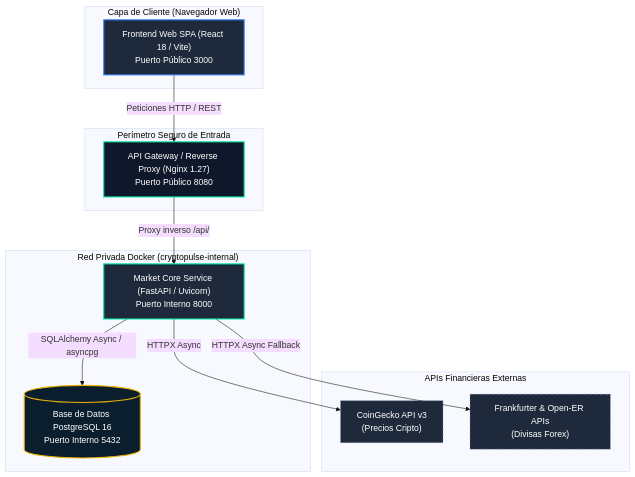
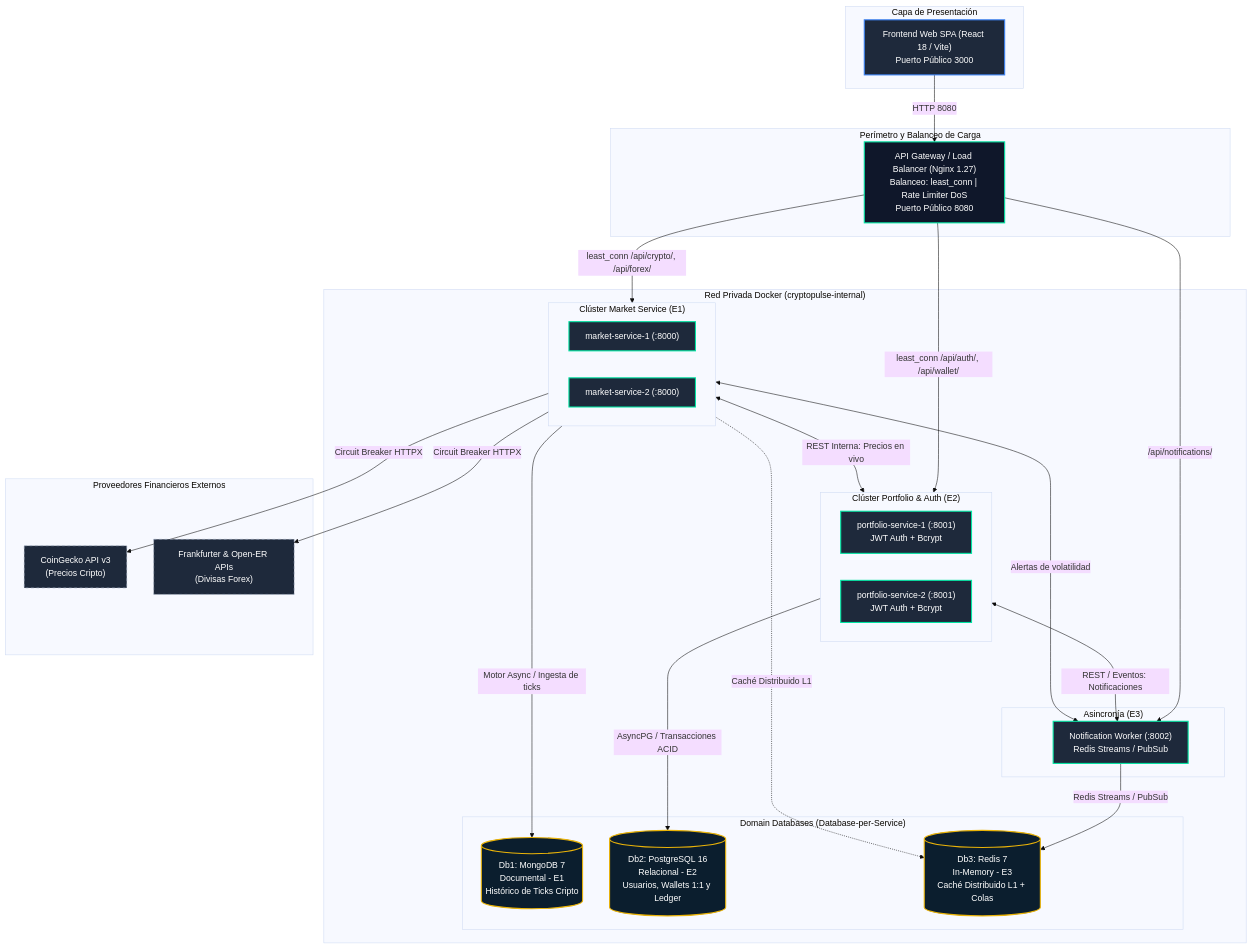
Before and after one commit to SRC-07/CryptoPulse: the first of 2 diagrams in docs/ARQUITECTURA.md, drawn with Mermaid (base theme). The commit also changed other lines of this file and 75 other files, not shown here.

Commit message:
feat(entrega-2): arquitectura distribuida, balanceo least_conn, wallets 1:1 postgresql, mongodb, redis cache y limpieza general

````diff
--- a/docs/ARQUITECTURA.md
+++ b/docs/ARQUITECTURA.md
@@ -21,32 +39,64 @@
 ```mermaid
 graph TD
     classDef client fill:#1E293B,stroke:#3B82F6,stroke-width:2px,color:#FFFFFF;
     classDef gateway fill:#0F172A,stroke:#00E5A3,stroke-width:2px,color:#FFFFFF;
     classDef service fill:#1E293B,stroke:#00E5A3,stroke-width:2px,color:#FFFFFF;
     classDef db fill:#0B1E2E,stroke:#EAB308,stroke-width:2px,color:#FFFFFF;
     classDef external fill:#1E293B,stroke:#94A3B8,stroke-dasharray: 5 5,color:#FFFFFF;
 
-    subgraph CapaCliente["Capa de Cliente (Navegador Web)"]
+    subgraph CapaCliente["Capa de Presentación"]
         FE["Frontend Web SPA (React 18 / Vite)<br/>Puerto Público 3000"]:::client
     end
 
-    subgraph Perimetro["Perímetro Seguro de Entrada"]
-        GW["API Gateway / Reverse Proxy (Nginx 1.27)<br/>Puerto Público 8080"]:::gateway
+    subgraph Perimetro["Perímetro y Balanceo de Carga"]
+        GW["API Gateway / Load Balancer (Nginx 1.27)<br/>Balanceo: least_conn | Rate Limiter DoS<br/>Puerto Público 8080"]:::gateway
     end
 
     subgraph RedInterna["Red Privada Docker (cryptopulse-internal)"]
-        MS["Market Core Service (FastAPI / Uvicorn)<br/>Puerto Interno 8000"]:::service
-        DB[("Base de Datos PostgreSQL 16<br/>Puerto Interno 5432")]:::db
+        subgraph ClusterMarket["Clúster Market Service (E1)"]
+            M1["market-service-1 (:8000)"]:::service
+            M2["market-service-2 (:8000)"]:::service
+        end
+
+        subgraph ClusterPortfolio["Clúster Portfolio & Auth (E2)"]
+            P1["portfolio-service-1 (:8001)<br/>JWT Auth + Bcrypt"]:::service
+            P2["portfolio-service-2 (:8001)<br/>JWT Auth + Bcrypt"]:::service
+        end
+
+        subgraph WorkerService["Asincronía (E3)"]
+            NW["Notification Worker (:8002)<br/>Redis Streams / PubSub"]:::service
+        end
+
+        subgraph Almacenes["Domain Databases (Database-per-Service)"]
+            DB1[("Db1: MongoDB 7<br/>Documental - E1<br/>Histórico de Ticks Cripto")]:::db
+            DB2[("Db2: PostgreSQL 16<br/>Relacional - E2<br/>Usuarios, Wallets 1:1 y Ledger")]:::db
+            DB3[("Db3: Redis 7<br/>In-Memory - E3<br/>Caché Distribuido L1 + Colas")]:::db
+        end
     end
 
-    subgraph Externas["APIs Financieras Externas"]
+    subgraph Externas["Proveedores Financieros Externos"]
         CG["CoinGecko API v3<br/>(Precios Cripto)"]:::external
         FX["Frankfurter & Open-ER APIs<br/>(Divisas Forex)"]:::external
     end
 
-    FE -->|Peticiones HTTP / REST| GW
-    GW -->|Proxy inverso /api/| MS
-    MS -->|SQLAlchemy Async / asyncpg| DB
-    MS -->|HTTPX Async| CG
-    MS -->|HTTPX Async Fallback| FX
+    %% Enrutamiento y Balanceo de Carga
+    FE -->|HTTP 8080| GW
+    GW -->|least_conn /api/crypto/, /api/forex/| ClusterMarket
+    GW -->|least_conn /api/auth/, /api/wallet/| ClusterPortfolio
+    GW -->|/api/notifications/| NW
+
+    %% Comunicación Inter-Servicios REST
+    ClusterMarket <-->|REST Interna: Precios en vivo| ClusterPortfolio
+    ClusterPortfolio <-->|REST / Eventos: Notificaciones| NW
+    ClusterMarket <-->|Alertas de volatilidad| NW
+
+    %% Conexiones directas a Bases de Datos
+    ClusterMarket -->|Motor Async / Ingesta de ticks| DB1
+    ClusterPortfolio -->|AsyncPG / Transacciones ACID| DB2
+    NW -->|Redis Streams / PubSub| DB3
+    ClusterMarket -.->|Caché Distribuido L1| DB3
+
+    %% Conexión resiliente a APIs externas
+    ClusterMarket -->|Circuit Breaker HTTPX| CG
+    ClusterMarket -->|Circuit Breaker HTTPX| FX
 ```
````
